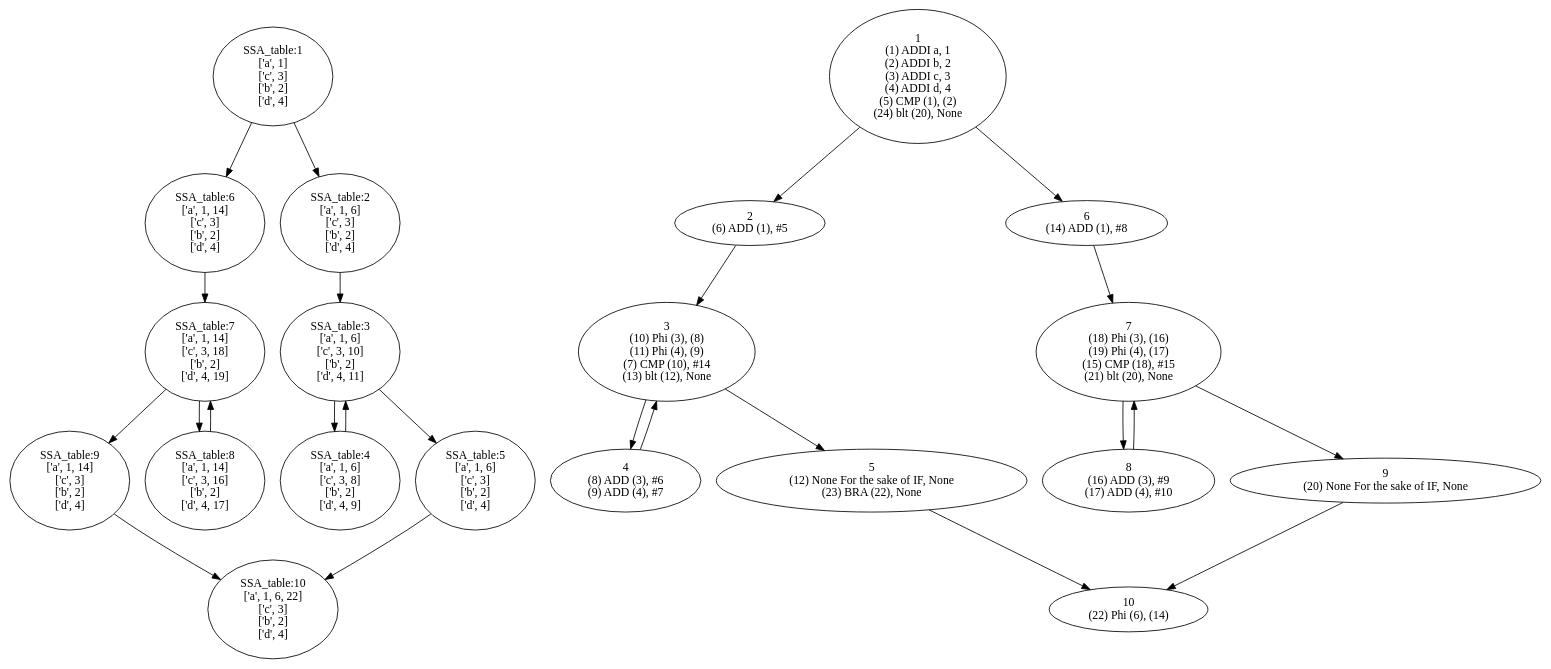
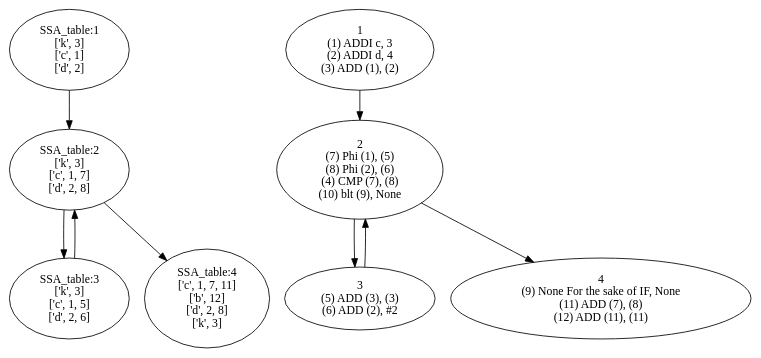
The diagram in grid.dot (amatii/compiler), drawn with Graphviz before and after one commit. The commit also changed 7 other files, not shown here.

Commit message:
updated the While (bug for the outside_while block SSA table, using old SSA of join block), and added the interference graph generator: there is still a bug. why the in_loop instructions go up to the root? how to deal with Phi?, also updated the util for visulizing the Live graph

```diff
--- a/grid.dot
+++ b/grid.dot
@@ -1,46 +1,18 @@
 strict digraph  {
-11 [label="SSA_table:1\n['a', 1]\n['c', 3]\n['b', 2]\n['d', 4]"];
-1 [label="1\n(1) ADDI a, 1\n(2) ADDI b, 2\n(3) ADDI c, 3\n(4) ADDI d, 4\n(5) CMP (1), (2)\n(24) blt (20), None"];
-2 [label="2\n(6) ADD (1), #5"];
-3 [label="3\n(10) Phi (3), (8)\n(11) Phi (4), (9)\n(7) CMP (10), #14\n(13) blt (12), None"];
-4 [label="4\n(8) ADD (3), #6\n(9) ADD (4), #7"];
-5 [label="5\n(12) None For the sake of IF, None\n(23) BRA (22), None"];
-6 [label="6\n(14) ADD (1), #8"];
-7 [label="7\n(18) Phi (3), (16)\n(19) Phi (4), (17)\n(15) CMP (18), #15\n(21) blt (20), None"];
-8 [label="8\n(16) ADD (3), #9\n(17) ADD (4), #10"];
-9 [label="9\n(20) None For the sake of IF, None"];
-10 [label="10\n(22) Phi (6), (14)"];
-51 [label="SSA_table:5\n['a', 1, 6]\n['c', 3]\n['b', 2]\n['d', 4]"];
-41 [label="SSA_table:4\n['a', 1, 6]\n['c', 3, 8]\n['b', 2]\n['d', 4, 9]"];
-61 [label="SSA_table:6\n['a', 1, 14]\n['c', 3]\n['b', 2]\n['d', 4]"];
-101 [label="SSA_table:10\n['a', 1, 6, 22]\n['c', 3]\n['b', 2]\n['d', 4]"];
-71 [label="SSA_table:7\n['a', 1, 14]\n['c', 3, 18]\n['b', 2]\n['d', 4, 19]"];
-91 [label="SSA_table:9\n['a', 1, 14]\n['c', 3]\n['b', 2]\n['d', 4]"];
-81 [label="SSA_table:8\n['a', 1, 14]\n['c', 3, 16]\n['b', 2]\n['d', 4, 17]"];
-31 [label="SSA_table:3\n['a', 1, 6]\n['c', 3, 10]\n['b', 2]\n['d', 4, 11]"];
-21 [label="SSA_table:2\n['a', 1, 6]\n['c', 3]\n['b', 2]\n['d', 4]"];
-11 -> 61;
+11 [label="SSA_table:1\n['k', 3]\n['c', 1]\n['d', 2]"];
+1 [label="1\n(1) ADDI c, 3\n(2) ADDI d, 4\n(3) ADD (1), (2)"];
+2 [label="2\n(7) Phi (1), (5)\n(8) Phi (2), (6)\n(4) CMP (7), (8)\n(10) blt (9), None"];
+3 [label="3\n(5) ADD (3), (3)\n(6) ADD (2), #2"];
+4 [label="4\n(9) None For the sake of IF, None\n(11) ADD (7), (8)\n(12) ADD (11), (11)"];
+21 [label="SSA_table:2\n['k', 3]\n['c', 1, 7]\n['d', 2, 8]"];
+31 [label="SSA_table:3\n['k', 3]\n['c', 1, 5]\n['d', 2, 6]"];
+41 [label="SSA_table:4\n['c', 1, 7, 11]\n['b', 12]\n['d', 2, 8]\n['k', 3]"];
 11 -> 21;
 1 -> 2;
-1 -> 6;
 2 -> 3;
-3 -> 4;
-3 -> 5;
-4 -> 3;
-5 -> 10;
-6 -> 7;
-7 -> 8;
-7 -> 9;
-8 -> 7;
-9 -> 10;
-51 -> 101;
-41 -> 31;
-61 -> 71;
-71 -> 91;
-71 -> 81;
-91 -> 101;
-81 -> 71;
-31 -> 51;
-31 -> 41;
+2 -> 4;
+3 -> 2;
 21 -> 31;
+21 -> 41;
+31 -> 21;
 }
```
